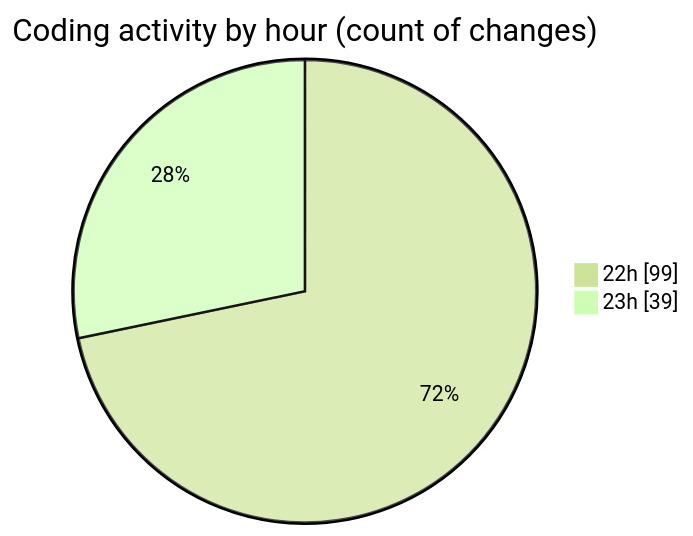
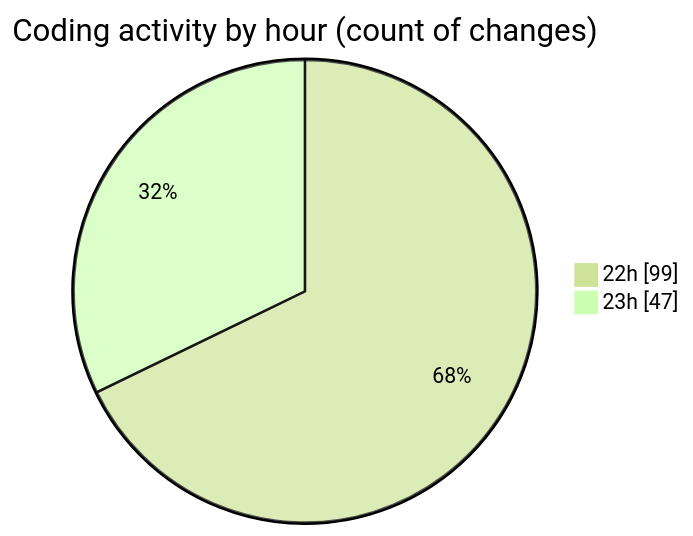
One commit to Ritupan-Deka/code-tracking changed the second of 2 diagrams in 2026-01-10/dsa/README.md. Above: the diagram before and after it, drawn with Mermaid (forest theme). The commit also changed other lines of this file and 1 other file, not shown here.

````diff
--- a/2026-01-10/dsa/README.md
+++ b/2026-01-10/dsa/README.md
@@ -30,6 +30,6 @@
 ```mermaid
 pie showData
 title Coding activity by hour (count of changes)
 "22h" : 99
-"23h" : 39
+"23h" : 47
 ```
````
